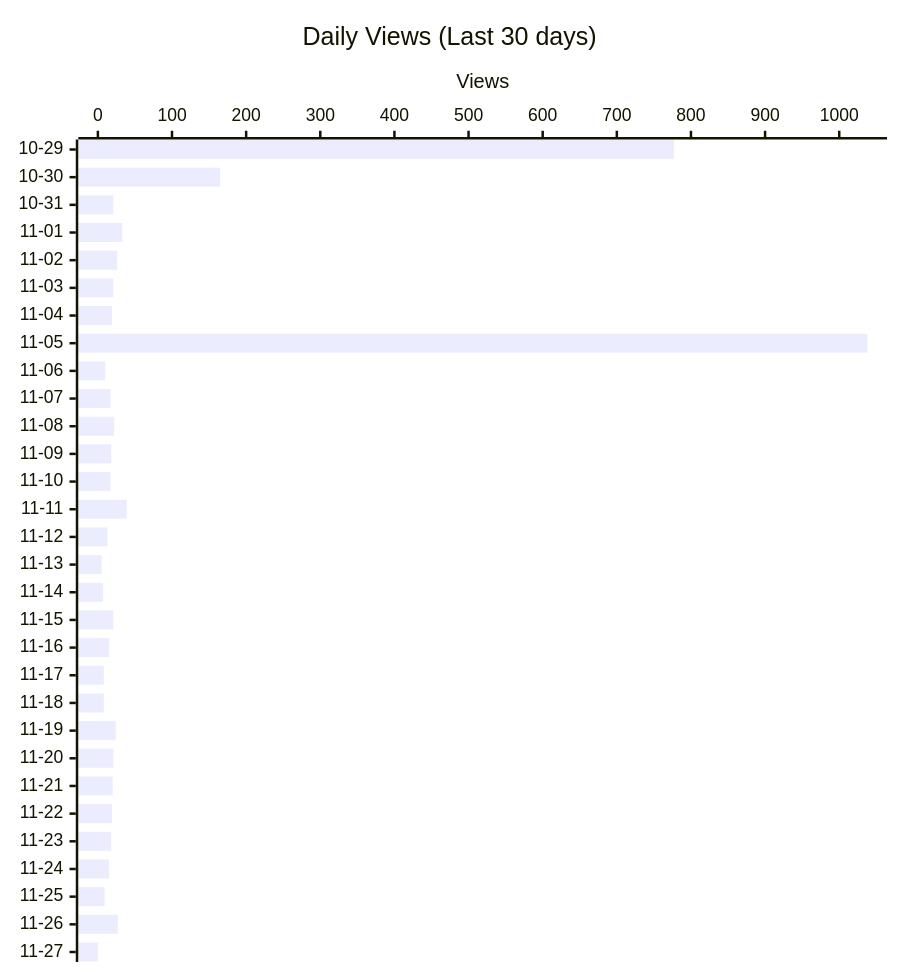
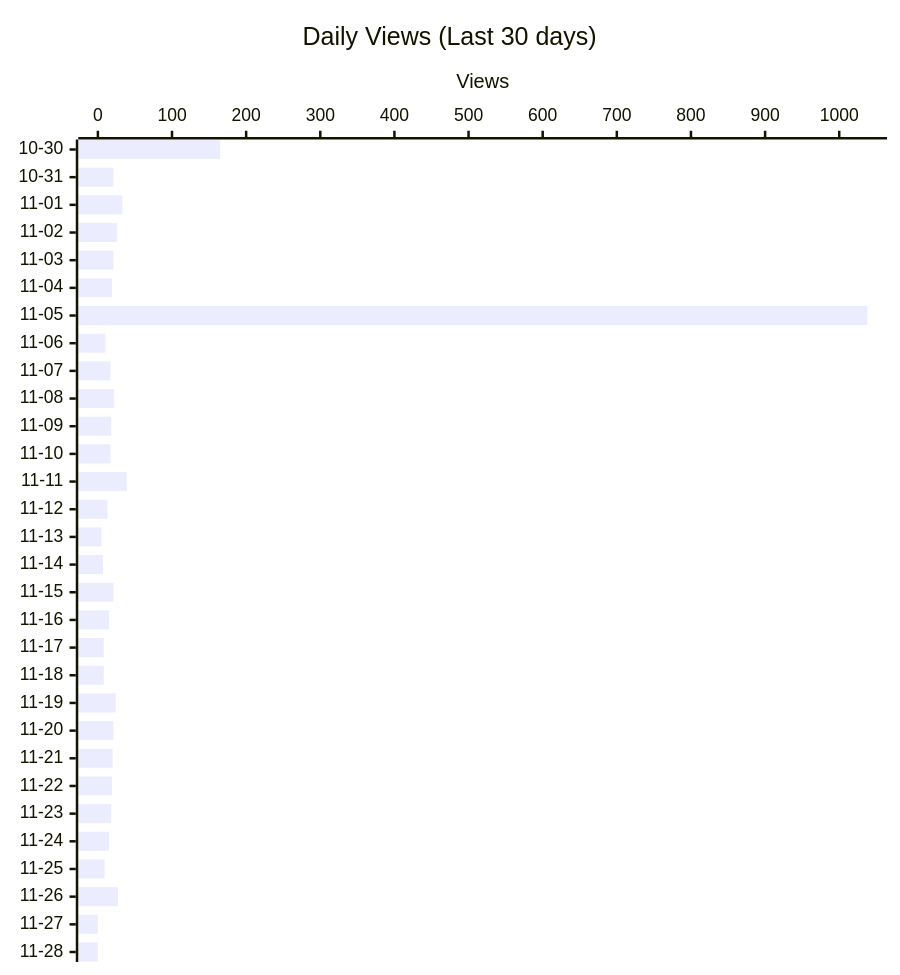
The second of 4 diagrams in README.md (shigechika/github-insights), drawn with Mermaid before and after one commit. The commit also changed other lines of this file and 1 other file, not shown here.

````diff
--- a/README.md
+++ b/README.md
@@ -28,12 +28,12 @@
 ```mermaid
 ---
 config:
   xyChart:
     height: 760
 ---
 xychart-beta horizontal
     title "Daily Views (Last 30 days)"
-    x-axis ["10-29", "10-30", "10-31", "11-01", "11-02", "11-03", "11-04", "11-05", "11-06", "11-07", "11-08", "11-09", "11-10", "11-11", "11-12", "11-13", "11-14", "11-15", "11-16", "11-17", "11-18", "11-19", "11-20", "11-21", "11-22", "11-23", "11-24", "11-25", "11-26", "11-27"]
+    x-axis ["10-30", "10-31", "11-01", "11-02", "11-03", "11-04", "11-05", "11-06", "11-07", "11-08", "11-09", "11-10", "11-11", "11-12", "11-13", "11-14", "11-15", "11-16", "11-17", "11-18", "11-19", "11-20", "11-21", "11-22", "11-23", "11-24", "11-25", "11-26", "11-27", "11-28"]
     y-axis "Views"
-    bar [777, 165, 21, 33, 26, 21, 19, 1038, 10, 17, 22, 18, 17, 39, 13, 5, 7, 21, 15, 8, 8, 24, 21, 20, 19, 18, 15, 9, 27, 0]
+    bar [165, 21, 33, 26, 21, 19, 1038, 10, 17, 22, 18, 17, 39, 13, 5, 7, 21, 15, 8, 8, 24, 21, 20, 19, 18, 15, 9, 27, 0, 0]
 ```
````
